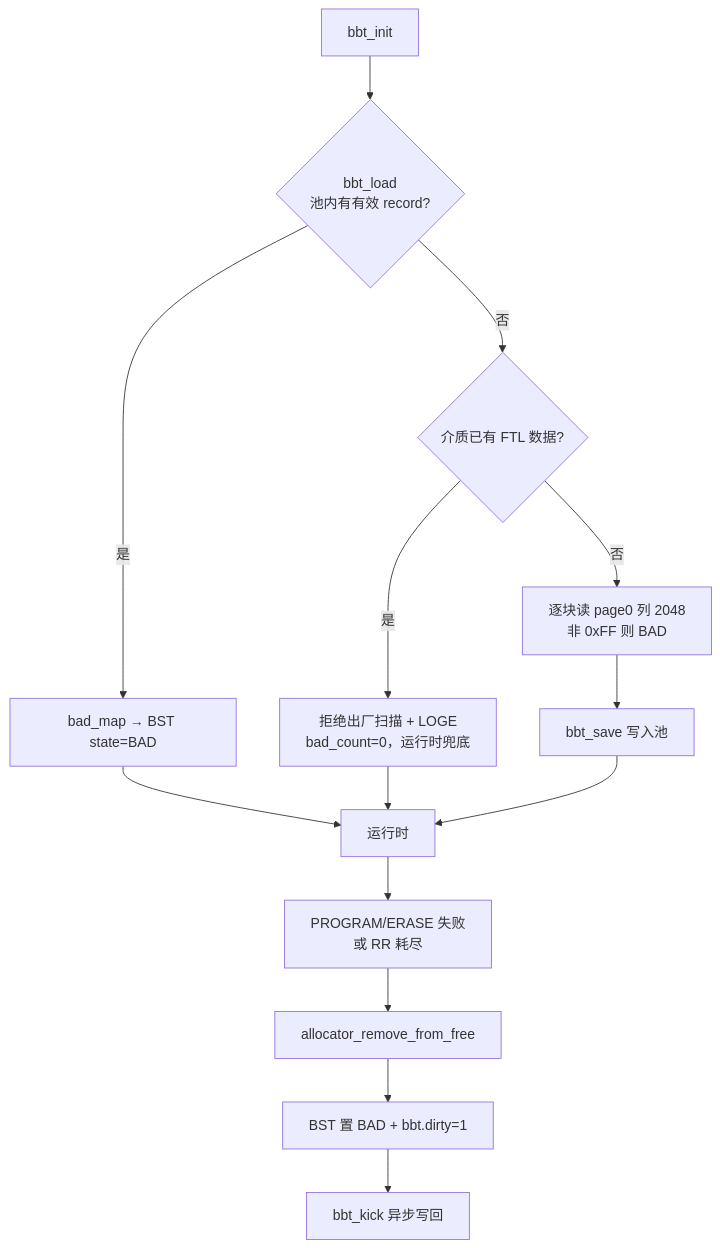
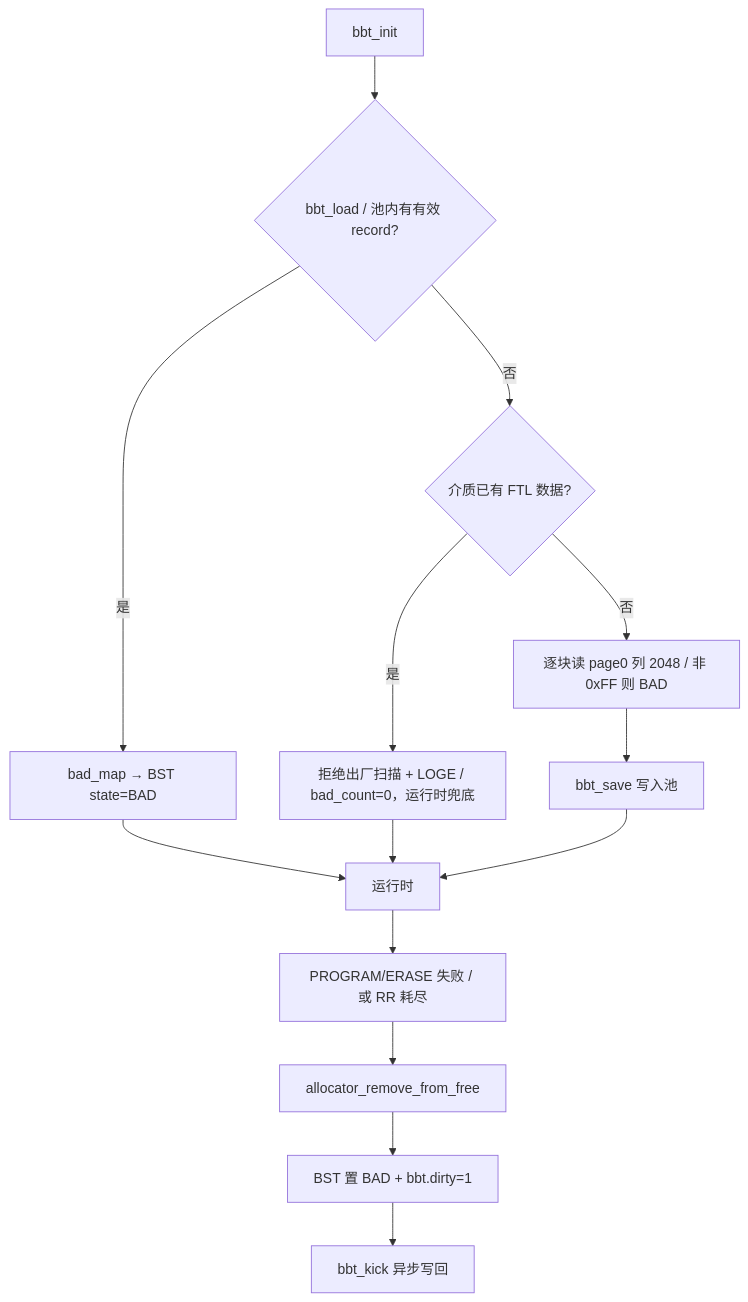
Before and after one commit to YzYMIAO/BASESSD: the fourth of 28 diagrams in docs/design/ftl_design.md, drawn with Mermaid. The commit also changed other lines of this file, not shown here.

First line of the commit message:
docs(ftl): 修复 6 张 stateDiagram 的围栏粘连

````diff
--- a/docs/design/ftl_design.md
+++ b/docs/design/ftl_design.md
@@ -841,16 +841,16 @@
 ```mermaid
 flowchart TD
-    INIT["bbt_init"] --> LOAD{"bbt_load<br/>池内有有效 record?"}
+    INIT["bbt_init"] --> LOAD{"bbt_load / 池内有有效 record?"}
     LOAD -- "是" --> REBUILD["bad_map → BST state=BAD"]
     LOAD -- "否" --> USED{"介质已有 FTL 数据?"}
-    USED -- "是" --> REJECT["拒绝出厂扫描 + LOGE<br/>bad_count=0，运行时兜底"]
-    USED -- "否" --> SCAN["逐块读 page0 列 2048<br/>非 0xFF 则 BAD"]
+    USED -- "是" --> REJECT["拒绝出厂扫描 + LOGE / bad_count=0，运行时兜底"]
+    USED -- "否" --> SCAN["逐块读 page0 列 2048 / 非 0xFF 则 BAD"]
     SCAN --> SAVE["bbt_save 写入池"]
     REBUILD --> RUN["运行时"]
     REJECT --> RUN
     SAVE --> RUN
-    RUN --> MARK["PROGRAM/ERASE 失败<br/>或 RR 耗尽"]
+    RUN --> MARK["PROGRAM/ERASE 失败 / 或 RR 耗尽"]
     MARK --> EXPEL["allocator_remove_from_free"]
     EXPEL --> BAD["BST 置 BAD + bbt.dirty=1"]
     BAD --> KICK["bbt_kick 异步写回"]
 ```
````
